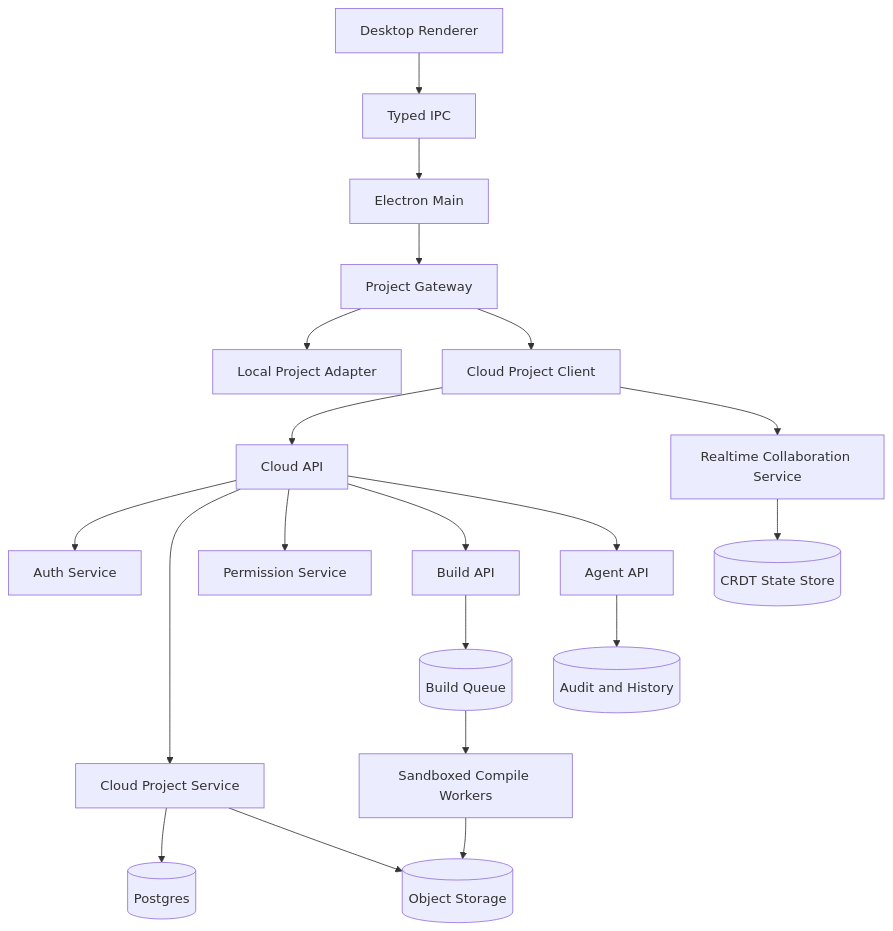
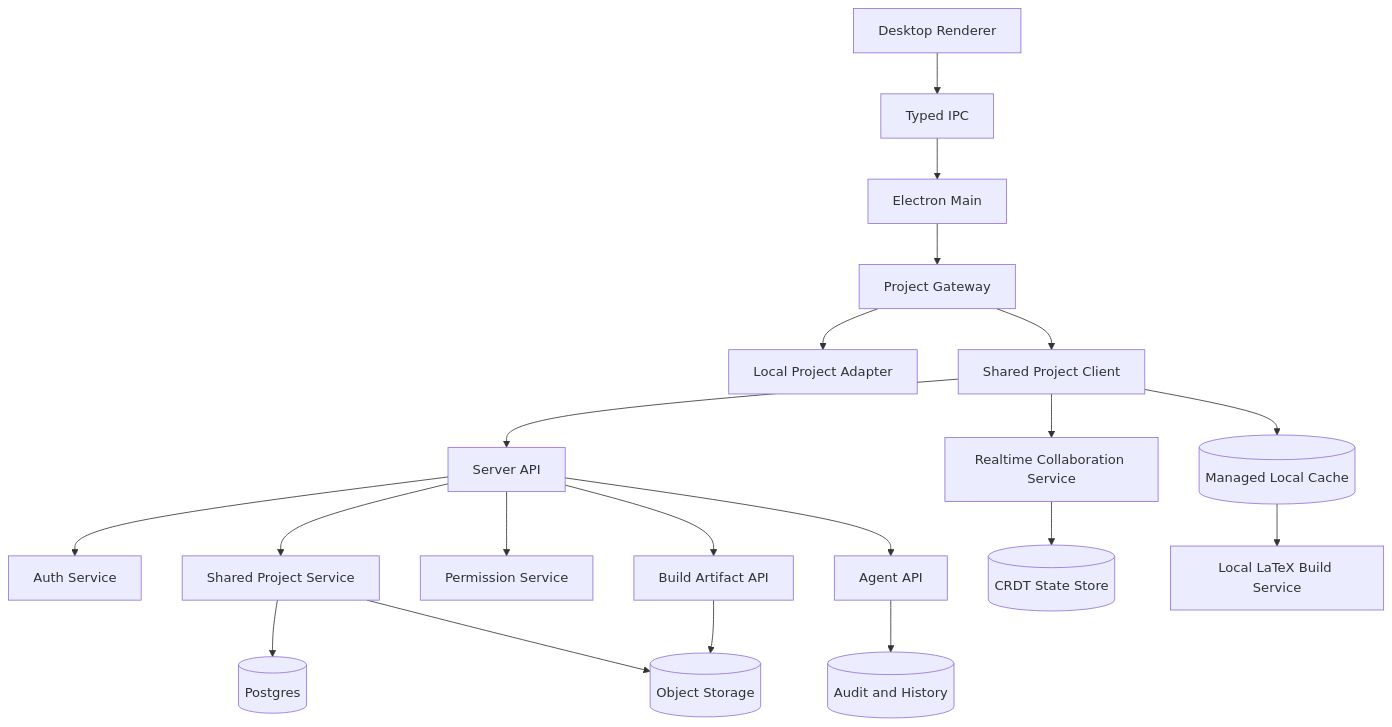
The diagram in docs/architecture/cloud-project-sharing.md (Amirmoradi94/zeroleaf), drawn with Mermaid before and after one commit. The commit also changed other lines of this file and 77 other files, not shown here.

Commit message:
Implement shared project collaboration

````diff
--- a/docs/architecture/cloud-project-sharing.md
+++ b/docs/architecture/cloud-project-sharing.md
@@ -97,26 +99,26 @@
 ```mermaid
 flowchart TB
   Renderer[Desktop Renderer] --> IPC[Typed IPC]
   IPC --> Main[Electron Main]
   Main --> ProjectGateway[Project Gateway]
 
   ProjectGateway --> LocalAdapter[Local Project Adapter]
-  ProjectGateway --> CloudClient[Cloud Project Client]
+  ProjectGateway --> SharedClient[Shared Project Client]
 
-  CloudClient --> Api[Cloud API]
-  CloudClient --> Realtime[Realtime Collaboration Service]
+  SharedClient --> Api[Server API]
+  SharedClient --> Realtime[Realtime Collaboration Service]
+  SharedClient --> Cache[(Managed Local Cache)]
 
   Api --> Auth[Auth Service]
-  Api --> ProjectService[Cloud Project Service]
+  Api --> ProjectService[Shared Project Service]
   Api --> PermissionService[Permission Service]
-  Api --> BuildApi[Build API]
+  Api --> ArtifactApi[Build Artifact API]
   Api --> AgentApi[Agent API]
 
   ProjectService --> Postgres[(Postgres)]
   ProjectService --> ObjectStorage[(Object Storage)]
   Realtime --> CollaborationState[(CRDT State Store)]
-  BuildApi --> Queue[(Build Queue)]
-  Queue --> CompileWorkers[Sandboxed Compile Workers]
-  CompileWorkers --> ObjectStorage
+  ArtifactApi --> ObjectStorage
+  Cache --> LocalBuild[Local LaTeX Build Service]
   AgentApi --> AuditLog[(Audit and History)]
 ```
````
